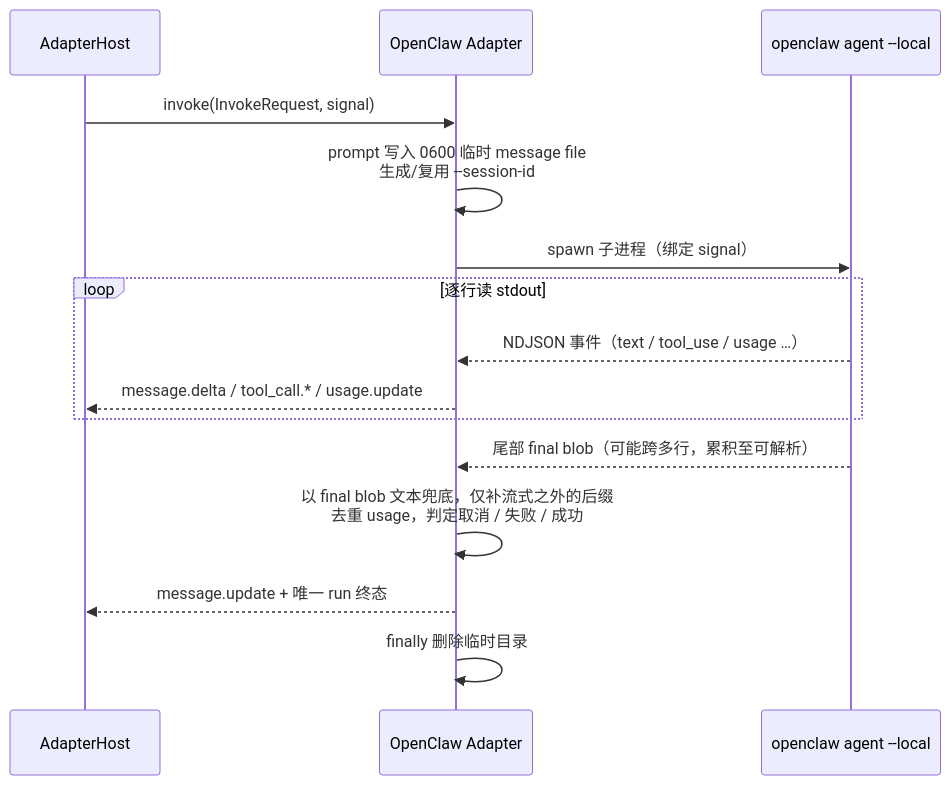
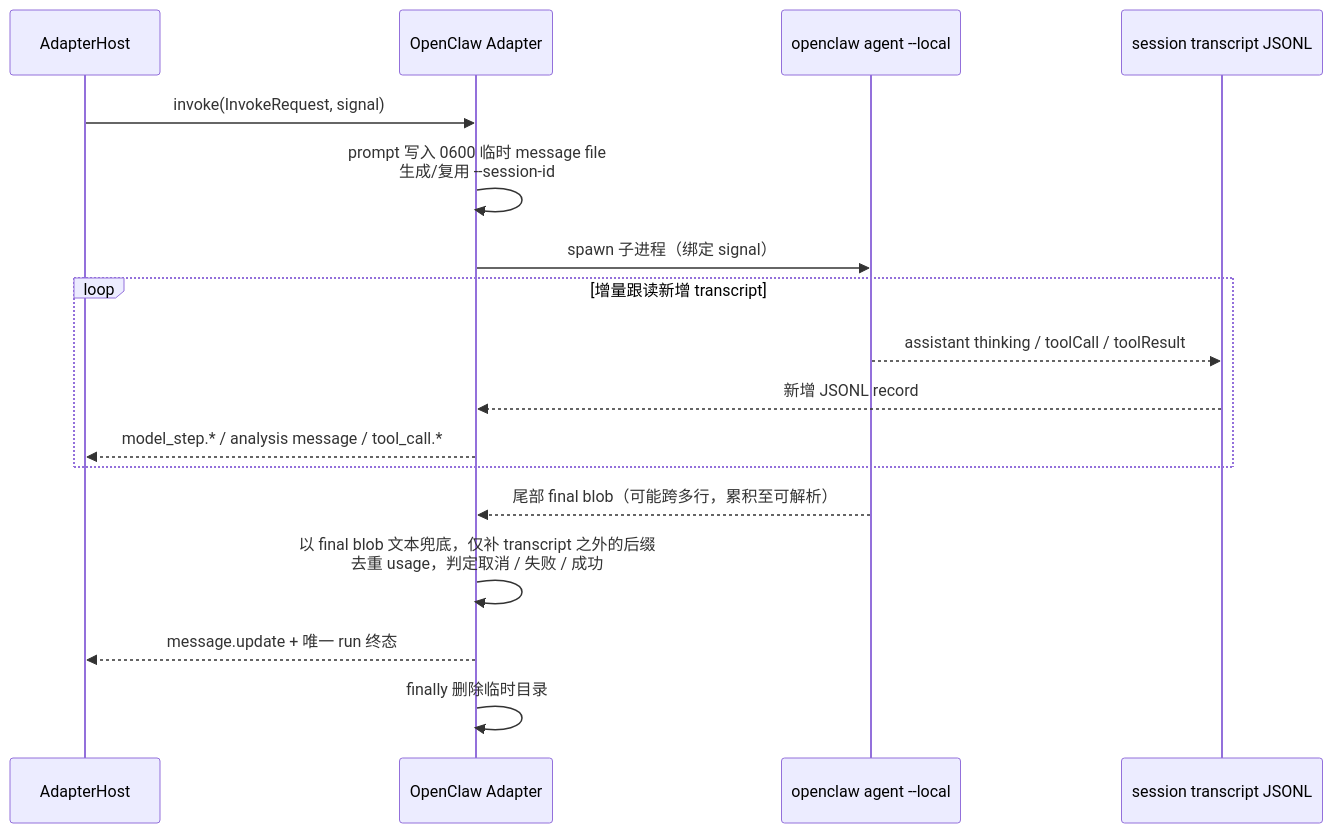
One commit to LarsonLian/octo-runtime changed the diagram in packages/octo-harness-adapter-openclaw/README.md. Above: the diagram before and after it, drawn with Mermaid. The commit also changed other lines of this file and 24 other files, not shown here.

````diff
--- a/packages/octo-harness-adapter-openclaw/README.md
+++ b/packages/octo-harness-adapter-openclaw/README.md
@@ -26,18 +26,20 @@
 ```mermaid
 sequenceDiagram
     participant Host as AdapterHost
     participant AD as OpenClaw Adapter
     participant CLI as openclaw agent --local
+    participant TR as session transcript JSONL
 
     Host->>AD: invoke(InvokeRequest, signal)
     AD->>AD: prompt 写入 0600 临时 message file<br/>生成/复用 --session-id
     AD->>CLI: spawn 子进程（绑定 signal）
-    loop 逐行读 stdout
-        CLI-->>AD: NDJSON 事件（text / tool_use / usage …）
-        AD-->>Host: message.delta / tool_call.* / usage.update
+    loop 增量跟读新增 transcript
+        CLI-->>TR: assistant thinking / toolCall / toolResult
+        TR-->>AD: 新增 JSONL record
+        AD-->>Host: model_step.* / analysis message / tool_call.*
     end
     CLI-->>AD: 尾部 final blob（可能跨多行，累积至可解析）
-    AD->>AD: 以 final blob 文本兜底，仅补流式之外的后缀<br/>去重 usage，判定取消 / 失败 / 成功
+    AD->>AD: 以 final blob 文本兜底，仅补 transcript 之外的后缀<br/>去重 usage，判定取消 / 失败 / 成功
     AD-->>Host: message.update + 唯一 run 终态
     AD->>AD: finally 删除临时目录
 ```
````
